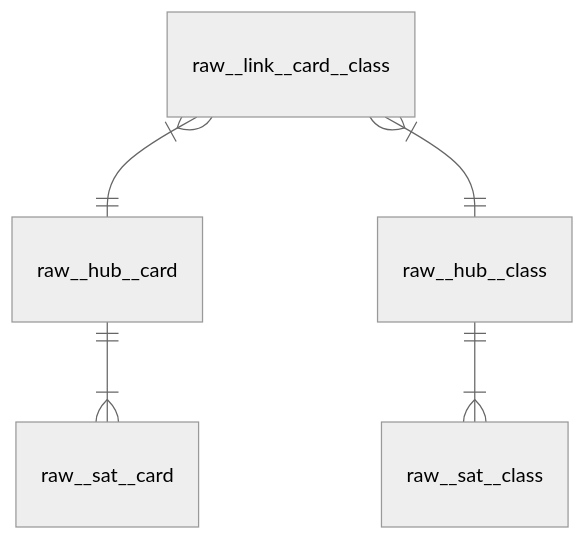
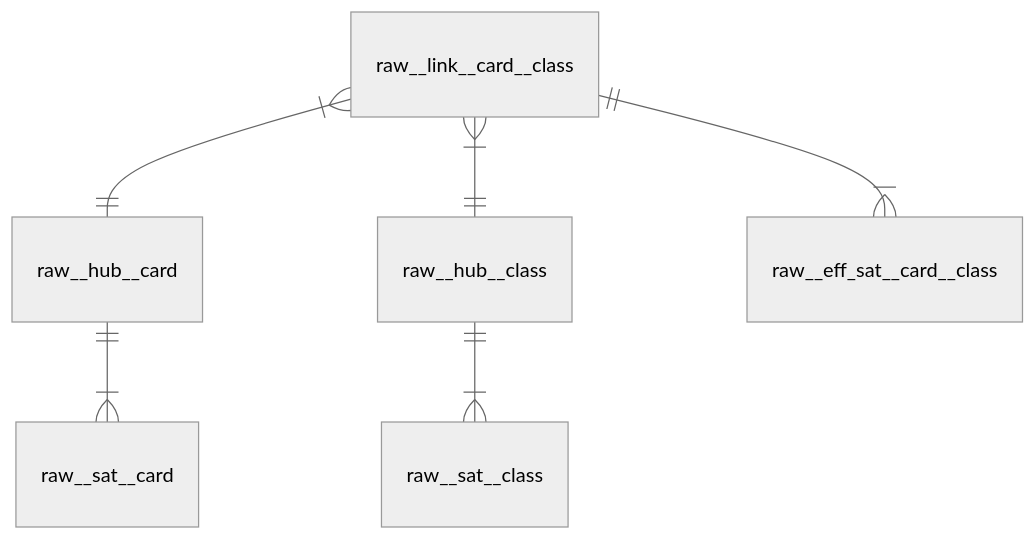
One commit to mattiasthalen/arcane-insight changed the second of 3 diagrams in README.md. Above: the diagram before and after it, drawn with Mermaid (neutral theme). The commit also changed 1 other file, not shown here.

Commit message:
Rename effectivity satellite and update ERD

````diff
--- a/README.md
+++ b/README.md
@@ -46,8 +46,9 @@
 ```mermaid
 erDiagram
     raw__hub__card ||--|{ raw__sat__card: ""
     raw__hub__class ||--|{ raw__sat__class: ""
     
     raw__link__card__class }|--|| raw__hub__card: ""
     raw__link__card__class }|--|| raw__hub__class: ""
+    raw__link__card__class ||--|{ raw__eff_sat__card__class: ""
 ```
````
